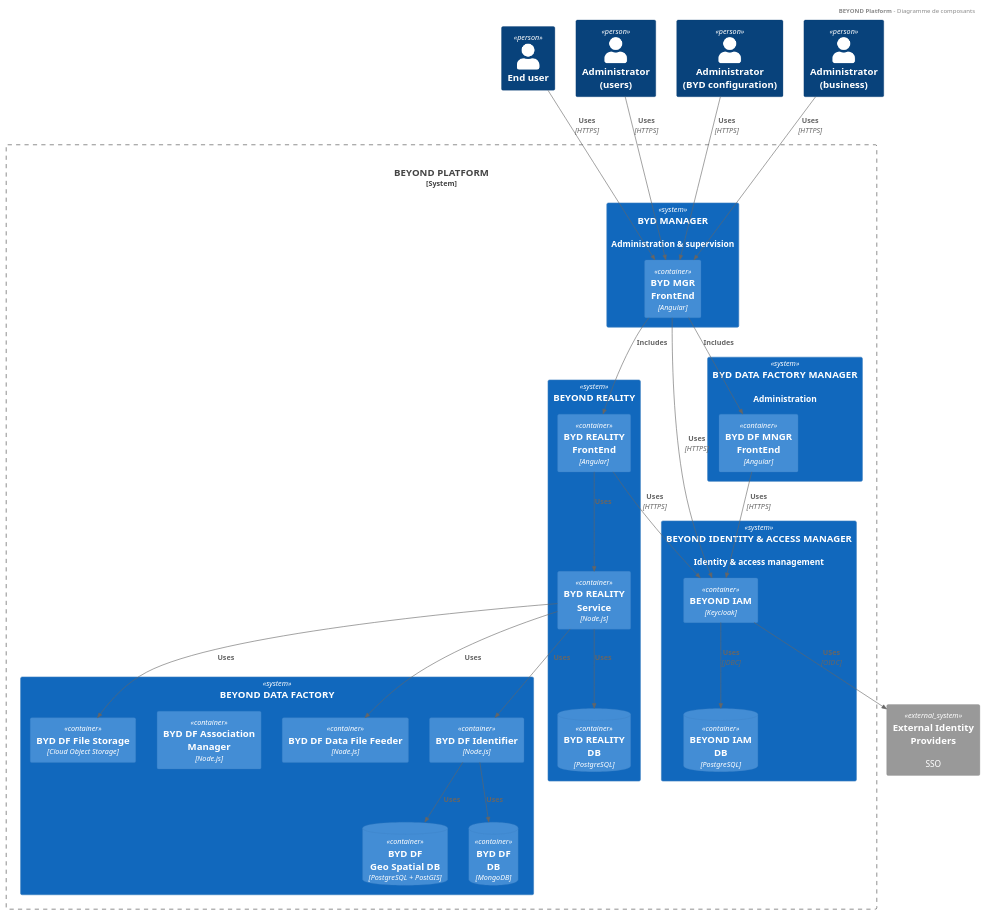
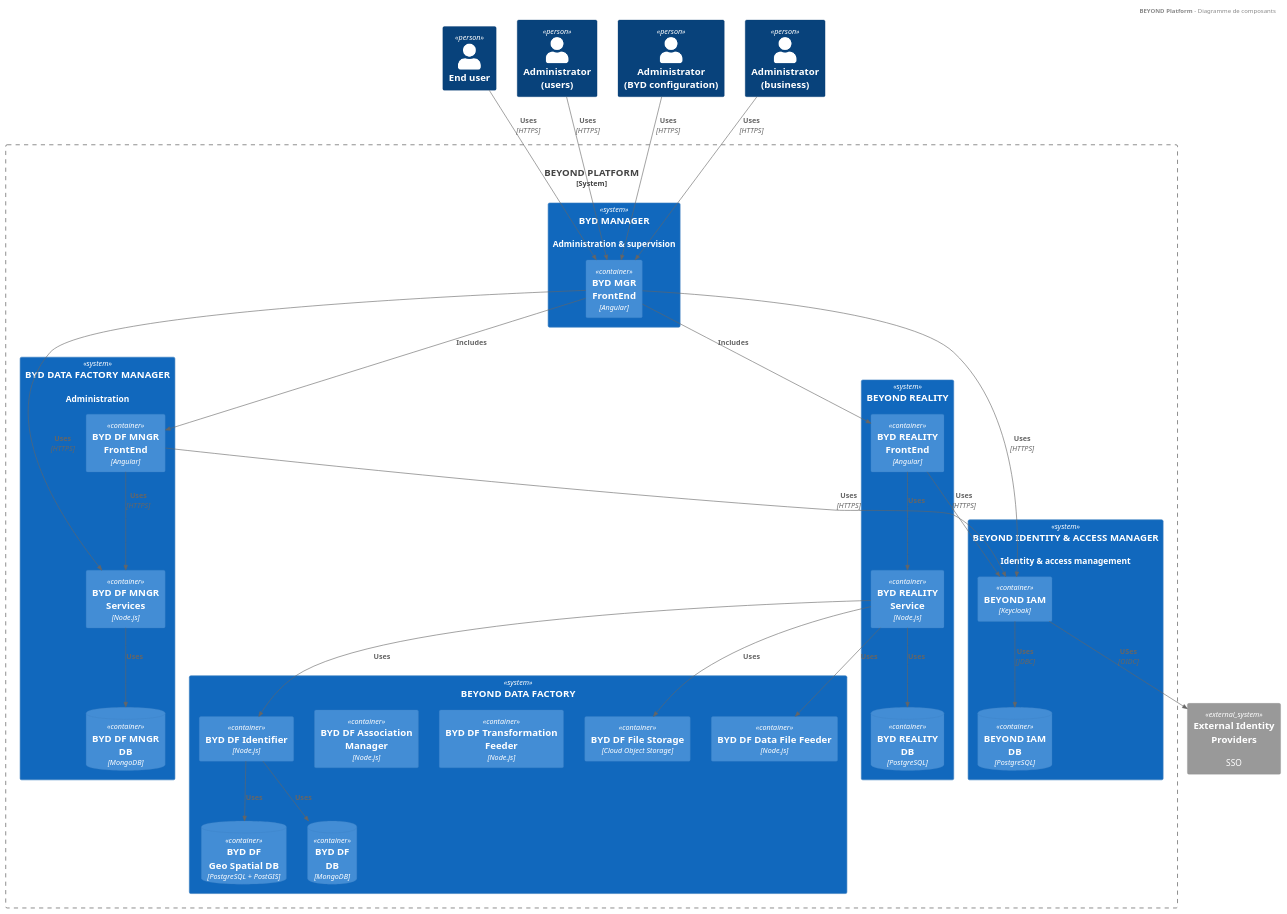
The diagram in 02.byd-Platform/1.ArchitectureDossier/tools/diagrams/0400.ComponentModel.Container.wsd (cogirep/documentation), drawn with PlantUML before and after one commit. The commit also changed 1 other file, not shown here.

```diff
--- a/02.byd-Platform/1.ArchitectureDossier/tools/diagrams/0400.ComponentModel.Container.wsd
+++ b/02.byd-Platform/1.ArchitectureDossier/tools/diagrams/0400.ComponentModel.Container.wsd
@@ -1,84 +1,93 @@
 @startuml component-model-containers
 
 header
     <b>BEYOND Platform</b> - Diagramme de composants
 end header
 
 !include /Users/fredericfadda/ffa-dev/C4-PlantUML/C4.puml
 !include /Users/fredericfadda/ffa-dev/C4-PlantUML/C4_Context.puml
 !include /Users/fredericfadda/ffa-dev/C4-PlantUML/C4_Container.puml
 !include /Users/fredericfadda/ffa-dev/C4-PlantUML/C4_Component.puml
 
 Person(EndUSer, "End user")
 Person(AdminIAM, "Administrator\n(users)")
 Person(AdminBYDPTF, "Administrator\n(BYD configuration)")
 Person(AdminDF, "Administrator\n(business)")
 
 
 System_Boundary(BYDPTFM, "BEYOND PLATFORM") {
     System(BYDMGR, "BYD MANAGER", "Administration & supervision"){
         Container(BYDMGRFrontEnd, "BYD MGR\nFrontEnd", "Angular") {
         }
     }
     System(BYDDFMGR, "BYD DATA FACTORY MANAGER", "Administration"){
         Container(BYDDFMGRFrontEnd, "BYD DF MNGR\nFrontEnd", "Angular") {
         }
-    }
+        Container(BYDDFMGRService, "BYD DF MNGR\nServices", "Node.js") {
+        }
+         ContainerDb(BYDDFMGRDB, "BYD DF MNGR\nDB", "MongoDB"){
+        }
+   }
     System(BYDDF, "BEYOND DATA FACTORY"){
         Container(BYDDFDataFeeder, "BYD DF Data File Feeder", "Node.js") {
         }
         Container(BYDDFId, "BYD DF Identifier", "Node.js") {
+        }
+        Container(BYDDFTransfoFeeder, "BYD DF Transformation Feeder", "Node.js") {
         }
         Container(BYDDFAssoMgr, "BYD DF Association Manager", "Node.js") {
         }
         Container(BYDDFCOS, "BYD DF File Storage", "Cloud Object Storage") {
         }
         ContainerDb(BYDDFDBGEO, "BYD DF\nGeo Spatial DB", "PostgreSQL + PostGIS")
         ContainerDb(BYDDFDB, "BYD DF\nDB", "MongoDB"){
         }
     }
     System(BYDREALITY, "BEYOND REALITY"){
         Container(BYDRTYFrontEnd, "BYD REALITY\nFrontEnd", "Angular") {
         }
         Container(BYDRTYService, "BYD REALITY\nService", "Node.js"){
         }
         ContainerDb(BYDRTYDB, "BYD REALITY\nDB", "PostgreSQL"){
         }
     }
     System(BYDIDP, "BEYOND IDENTITY & ACCESS MANAGER", "Identity & access management"){
         Container(BYDIAM, "BEYOND IAM", "Keycloak") {
         }
         ContainerDb(BYDIAMDB, "BEYOND IAM\nDB", "PostgreSQL")
     }
 
 }
 
 System_Ext(IdP, "External Identity Providers", "SSO")
 
 ' Relations
 ' - with users
 Rel(AdminIAM, BYDMGRFrontEnd, "Uses", "HTTPS")
 Rel(AdminBYDPTF, BYDMGRFrontEnd, "Uses", "HTTPS")
 Rel(AdminDF, BYDMGRFrontEnd, "Uses", "HTTPS")
 Rel(EndUSer, BYDMGRFrontEnd, "Uses", "HTTPS")
 ' - between pages
 Rel(BYDMGRFrontEnd, BYDDFMGRFrontEnd, "Includes")
 Rel(BYDMGRFrontEnd, BYDRTYFrontEnd, "Includes")
 ' - between pages and services
 Rel(BYDMGRFrontEnd, BYDIAM, "Uses", "HTTPS")
+Rel(BYDMGRFrontEnd, BYDDFMGRService, "Uses", "HTTPS")
+Rel(BYDDFMGRFrontEnd, BYDDFMGRService, "Uses", "HTTPS")
 Rel(BYDDFMGRFrontEnd, BYDIAM, "Uses", "HTTPS")
 Rel(BYDRTYFrontEnd, BYDIAM, "Uses", "HTTPS")
 ' - between services
 Rel(BYDRTYFrontEnd, BYDRTYService, "Uses")
 Rel(BYDRTYService, BYDRTYDB, "Uses")
 Rel(BYDRTYService, BYDDFId, "Uses")
 Rel(BYDRTYService, BYDDFDataFeeder, "Uses")
+' - between services and containers
 Rel(BYDDFId, BYDDFDB, "Uses")
 Rel(BYDDFId, BYDDFDBGEO, "Uses")
+Rel(BYDDFMGRService, BYDDFMGRDB, "Uses")
 Rel(BYDRTYService, BYDDFCOS, "Uses")
-' - between services and containers
 Rel(BYDIAM, BYDIAMDB, "Uses", "JDBC")
 ' - between services and systems
 Rel(BYDIAM, IdP, "USes", "OIDC")
 
 @enduml
```
